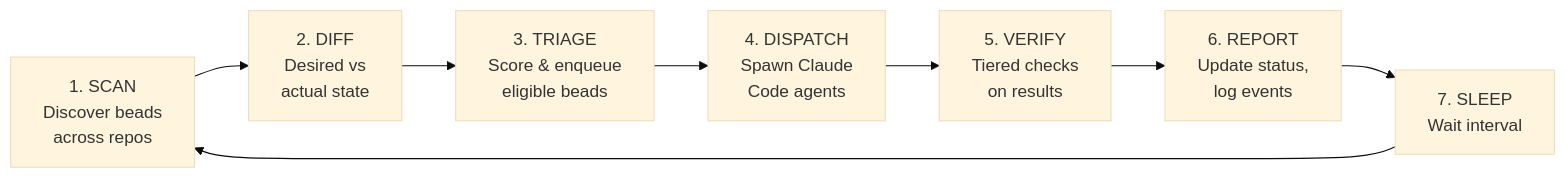
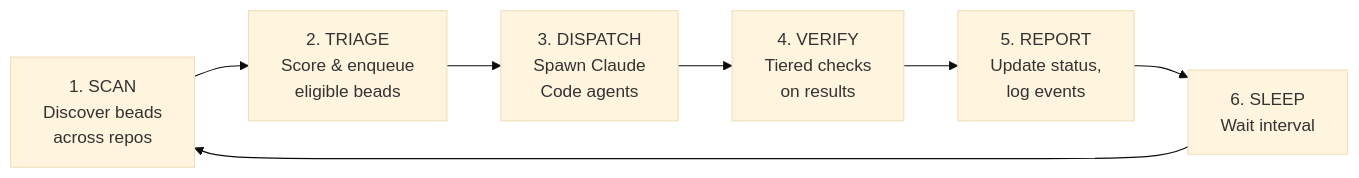
The second of 7 diagrams in docs/ARCHITECTURE.md (agentic-research/rosary), drawn with Mermaid (base theme) before and after one commit. The commit also changed other lines of this file and 7 other files, not shown here.

First line of the commit message:
chore: close 10 beads — dead code, docs honesty, verify warnings

````diff
--- a/docs/ARCHITECTURE.md
+++ b/docs/ARCHITECTURE.md
@@ -49,12 +43,11 @@
 ```mermaid
 flowchart LR
     SCAN["1. SCAN<br/>Discover beads<br/>across repos"]
-    DIFF["2. DIFF<br/>Desired vs<br/>actual state"]
-    TRIAGE["3. TRIAGE<br/>Score & enqueue<br/>eligible beads"]
-    DISPATCH["4. DISPATCH<br/>Spawn Claude<br/>Code agents"]
-    VERIFY["5. VERIFY<br/>Tiered checks<br/>on results"]
-    REPORT["6. REPORT<br/>Update status,<br/>log events"]
-    SLEEP["7. SLEEP<br/>Wait interval"]
+    TRIAGE["2. TRIAGE<br/>Score & enqueue<br/>eligible beads"]
+    DISPATCH["3. DISPATCH<br/>Spawn Claude<br/>Code agents"]
+    VERIFY["4. VERIFY<br/>Tiered checks<br/>on results"]
+    REPORT["5. REPORT<br/>Update status,<br/>log events"]
+    SLEEP["6. SLEEP<br/>Wait interval"]
 
-    SCAN --> DIFF --> TRIAGE --> DISPATCH --> VERIFY --> REPORT --> SLEEP --> SCAN
+    SCAN --> TRIAGE --> DISPATCH --> VERIFY --> REPORT --> SLEEP --> SCAN
 ```
````
